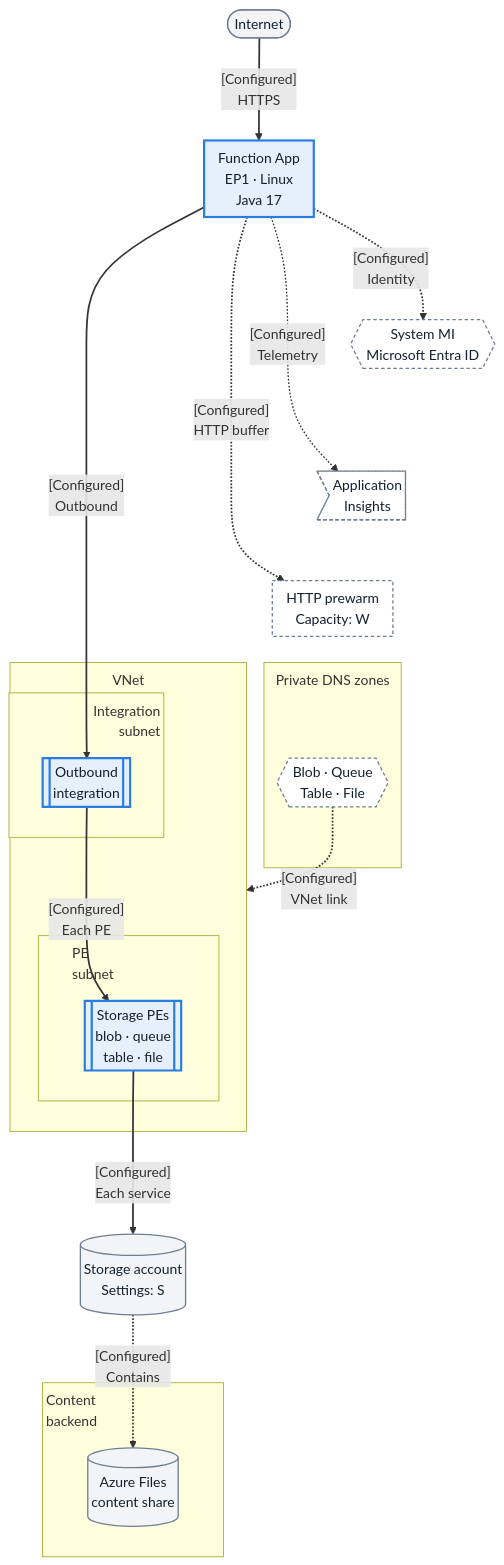
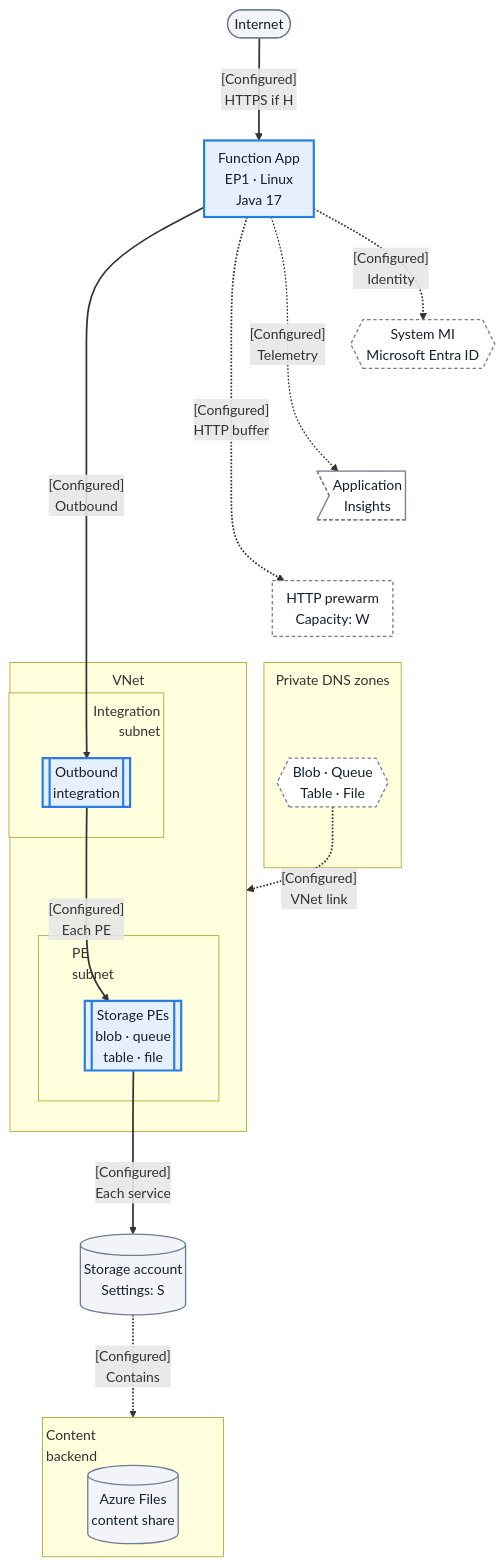
The first of 2 diagrams in docs/language-guides/java/tutorial/premium/02a-first-deploy-private-egress.md (yeongseon/azure-functions-practical-guide), drawn with Mermaid before and after one commit. The commit also changed other lines of this file and 1 other file, not shown here.

Commit message:
docs(diagrams): qualify Premium public ingress after site endpoint
Make public HTTPS conditional on explicit publicNetworkAccess Enabled and
document the null default. Stop content membership at its boundary to keep
the title clear, preserving services and the 12.4px mobile label size.
Refresh only owned inventory records without changing completed states.

Refs #320

````diff
--- a/docs/language-guides/java/tutorial/premium/02a-first-deploy-private-egress.md
+++ b/docs/language-guides/java/tutorial/premium/02a-first-deploy-private-egress.md
@@ -87,47 +88,48 @@
 ```mermaid
 %%{init: {'flowchart': {'nodeSpacing': 10, 'rankSpacing': 70, 'padding': 8, 'subGraphTitleMargin': {'top': 8, 'bottom': 32}}}}%%
 flowchart TD
     accTitle: Java 17 Linux EP1 private Storage topology
-    accDescr: Intended public HTTPS and private Storage relationships for this Premium tutorial. Outbound integration does not deploy app compute into the integration subnet. Four distinct Storage endpoints and DNS zones are expanded in the key; identity, telemetry and HTTP prewarm capacity are not data-transit hops. The separate site endpoint appears in the later path map.
+    accDescr: Private Storage relationships for this Premium tutorial; public HTTPS after the site endpoint is added requires publicNetworkAccess explicitly Enabled (H). Outbound integration does not deploy app compute into the integration subnet. Four distinct Storage endpoints and DNS zones are expanded in the key; identity, telemetry and HTTP prewarm capacity are not data-transit hops. The separate site endpoint appears in the later path map.
     client(["Internet"])
     app_runtime["Function App<br/>EP1 · Linux<br/>Java 17"]
     identity{{"System MI<br/>Microsoft Entra ID"}}
     telemetry>"Application<br/>Insights"]
     warm_capacity["HTTP prewarm<br/>Capacity: W"]
     subgraph DNS["Private DNS zones"]
         dns_fn{{"Blob · Queue<br/>Table · File"}}
     end
     subgraph vnet_fn["VNet"]
         subgraph subnet_int_fn["<div style='width:170px;text-align:right'>Integration<br/>subnet</div>"]
             vnet_integration[["Outbound<br/>integration"]]
         end
         subgraph subnet_pe_fn["<div style='width:130px;text-align:left'>PE<br/>subnet</div>"]
             pe_storage[["Storage PEs<br/>blob · queue<br/>table · file"]]
         end
     end
     storage_db[("Storage account<br/>Settings: S")]
     subgraph STORAGE["<div style='width:200px;text-align:left'>Content<br/>backend</div>"]
         SHARE[("Azure Files<br/>content share")]
     end
-    client -->|"[Configured]<br/>HTTPS"| app_runtime
+    client -->|"[Configured]<br/>HTTPS if H"| app_runtime
     app_runtime -.->|"[Configured]<br/>Identity"| identity
     app_runtime -.->|"[Configured]<br/>Telemetry"| telemetry
     app_runtime -.->|"[Configured]<br/>HTTP buffer"| warm_capacity
     dns_fn -.->|"[Configured]<br/>VNet link"| vnet_fn
     app_runtime -->|"[Configured]<br/>Outbound"| vnet_integration
     vnet_integration -->|"[Configured]<br/>Each PE"| pe_storage
     pe_storage -->|"[Configured]<br/>Each service"| storage_db
-    storage_db -.->|"[Configured]<br/>Contains"| SHARE
+    %% Membership targets the content boundary, not a path through its title to SHARE.
+    storage_db -.->|"[Configured]<br/>Contains"| STORAGE
     %% Layout-only tiers; add no requests, diagnostic steps or visible arrows.
     identity ~~~ telemetry
     telemetry ~~~ warm_capacity
     warm_capacity ~~~ dns_fn
     classDef baseNeutral fill:#f2f4f8,stroke:#707e93,stroke-width:1.5px,color:#14202e;
     classDef focusActive fill:#e6f0fd,stroke:#287ce4,stroke-width:2.5px,color:#14202e;
     classDef bandMuted fill:#ffffff,stroke:#707e93,stroke-width:1.5px,stroke-dasharray:4 3,color:#14202e;
     class client,storage_db,SHARE baseNeutral;
     class app_runtime,vnet_integration,pe_storage focusActive;
     class identity,telemetry,warm_capacity,dns_fn bandMuted;
     linkStyle default stroke-width:2px;
     linkStyle 2 stroke-width:1.5px;
 ```
````
